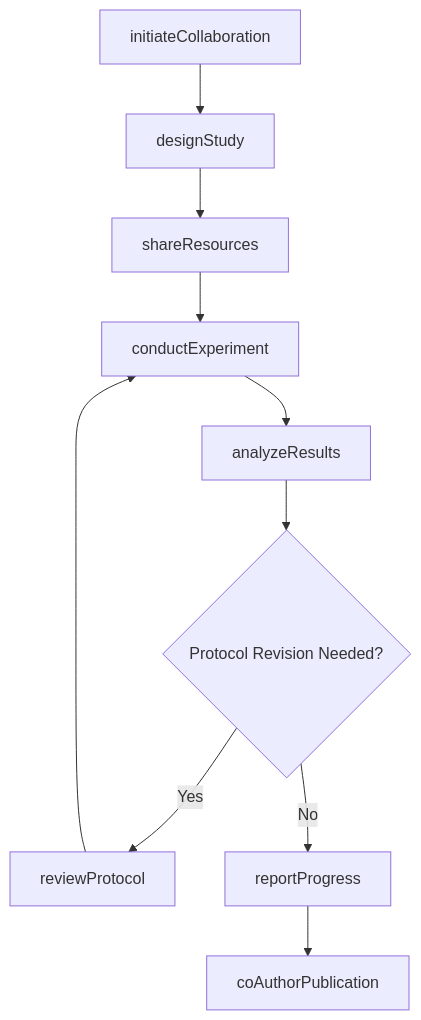
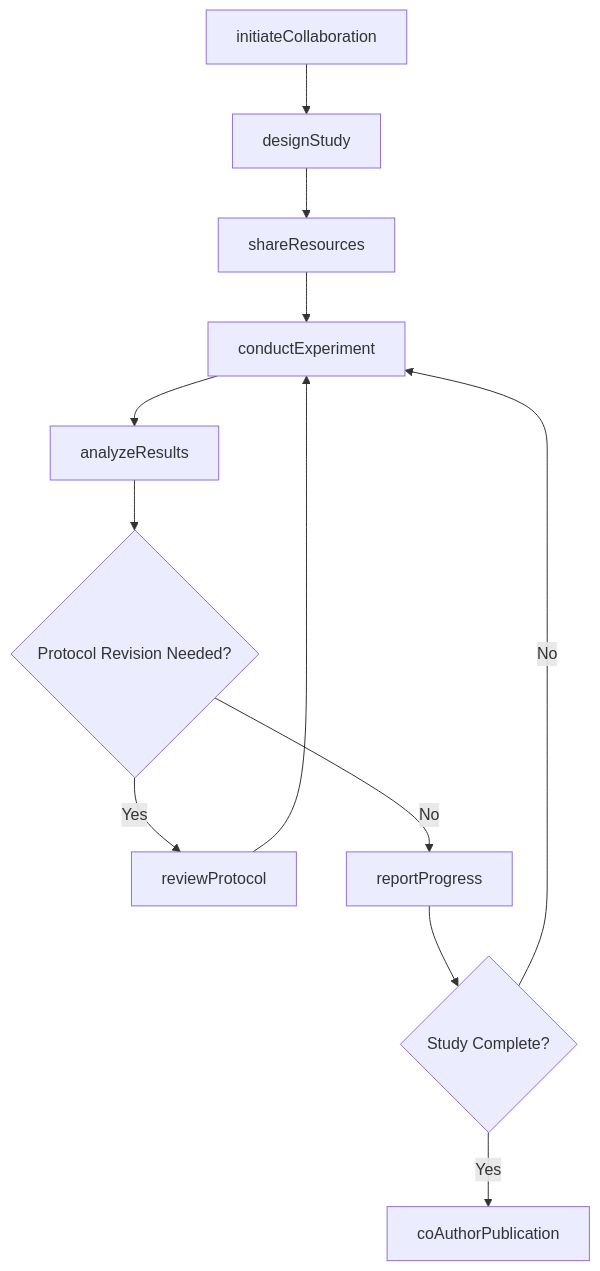
Before and after one commit to dot-org-ai/tasks.org.ai: the third of 4 diagrams in CommunicatingWithSupervisorsPeersOrSubordinates/AssistScientistsScholarsOrTechnicalSpecialistsWithProjectsOrResearch/CollaborateResearchActivitiesScientistsTechnical.mdx, drawn with Mermaid. The commit also changed other lines of this file and 266 other files, not shown here.

First line of the commit message:
feat: Add ER diagrams, state diagrams to wave 2 batch (251 DWA files)

````diff
--- a/CommunicatingWithSupervisorsPeersOrSubordinates/AssistScientistsScholarsOrTechnicalSpecialistsWithProjectsOrResearch/CollaborateResearchActivitiesScientistsTechnical.mdx
+++ b/CommunicatingWithSupervisorsPeersOrSubordinates/AssistScientistsScholarsOrTechnicalSpecialistsWithProjectsOrResearch/CollaborateResearchActivitiesScientistsTechnical.mdx
@@ -89,12 +116,14 @@
 ```mermaid
 graph TD
     A[initiateCollaboration] --> B[designStudy]
     B --> C[shareResources]
     C --> D[conductExperiment]
     D --> E[analyzeResults]
     E --> F{Protocol Revision Needed?}
     F -->|Yes| G[reviewProtocol]
     G --> D
     F -->|No| H[reportProgress]
-    H --> I[coAuthorPublication]
+    H --> I{Study Complete?}
+    I -->|Yes| J[coAuthorPublication]
+    I -->|No| D
 ```
````
